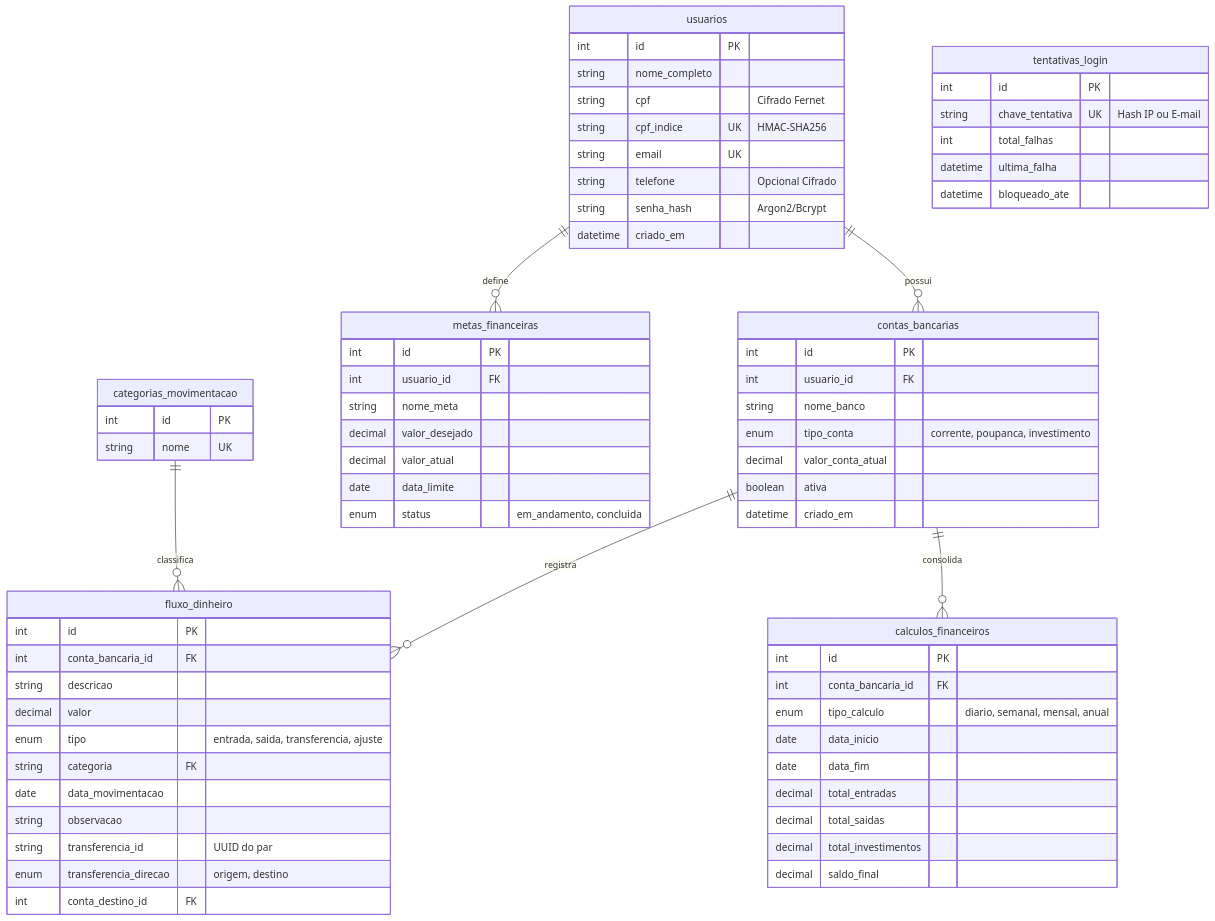
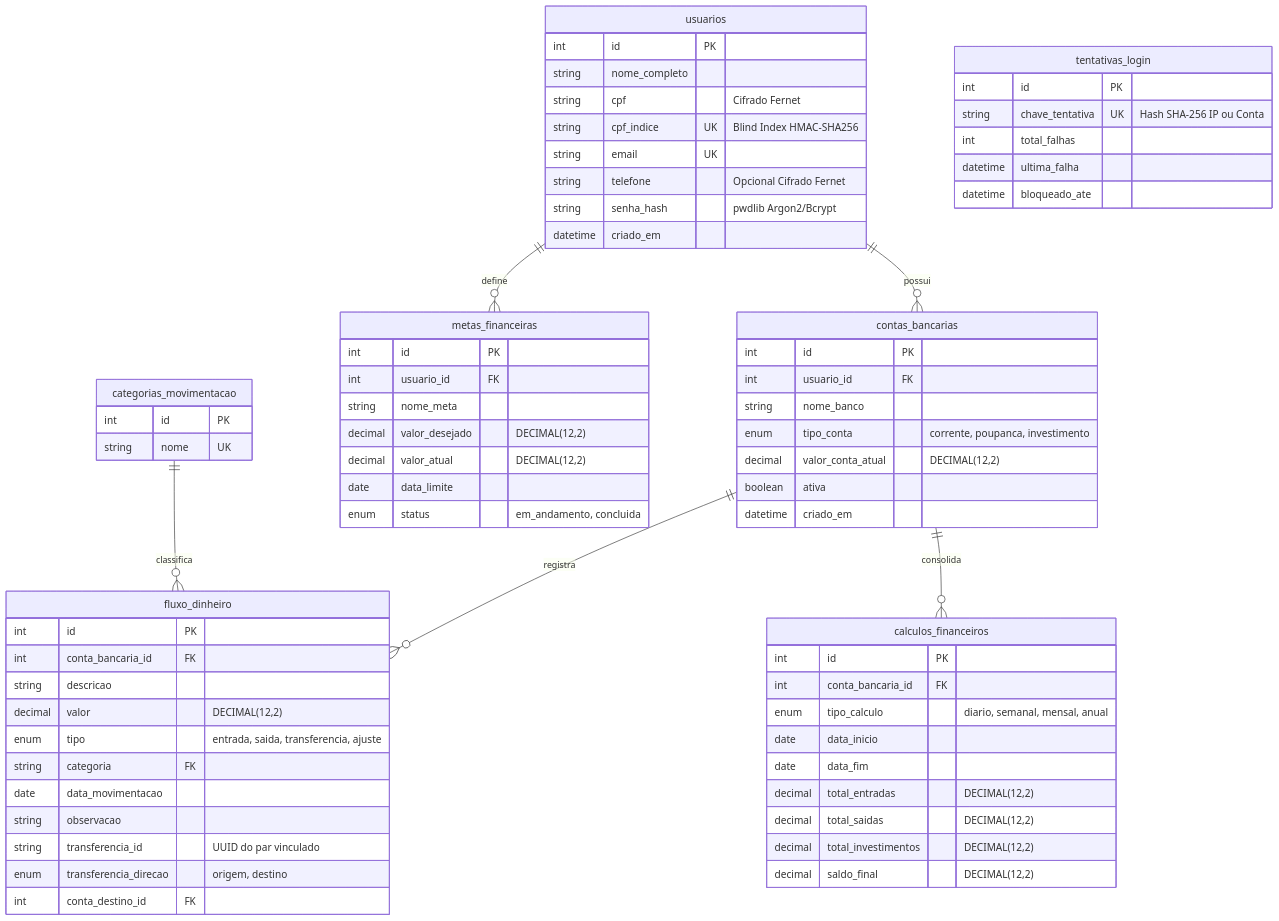
One commit to amorimfps1/fluxo_caixa_campos changed the diagram in banco de dados/readme.md. Above: the diagram before and after it, drawn with Mermaid. The commit also changed other lines of this file and 12 other files, not shown here.

````diff
--- a/banco de dados/readme.md
+++ b/banco de dados/readme.md
@@ -9,78 +9,78 @@
 ```mermaid
 erDiagram
     usuarios ||--o{ contas_bancarias : "possui"
     usuarios ||--o{ metas_financeiras : "define"
     contas_bancarias ||--o{ fluxo_dinheiro : "registra"
     contas_bancarias ||--o{ calculos_financeiros : "consolida"
     categorias_movimentacao ||--o{ fluxo_dinheiro : "classifica"
 
     usuarios {
         int id PK
         string nome_completo
         string cpf "Cifrado Fernet"
-        string cpf_indice UK "HMAC-SHA256"
+        string cpf_indice UK "Blind Index HMAC-SHA256"
         string email UK
-        string telefone "Opcional Cifrado"
-        string senha_hash "Argon2/Bcrypt"
+        string telefone "Opcional Cifrado Fernet"
+        string senha_hash "pwdlib Argon2/Bcrypt"
         datetime criado_em
     }
 
     contas_bancarias {
         int id PK
         int usuario_id FK
         string nome_banco
         enum tipo_conta "corrente, poupanca, investimento"
-        decimal valor_conta_atual
+        decimal valor_conta_atual "DECIMAL(12,2)"
         boolean ativa
         datetime criado_em
     }
 
     fluxo_dinheiro {
         int id PK
         int conta_bancaria_id FK
         string descricao
-        decimal valor
+        decimal valor "DECIMAL(12,2)"
         enum tipo "entrada, saida, transferencia, ajuste"
         string categoria FK
         date data_movimentacao
         string observacao
-        string transferencia_id "UUID do par"
+        string transferencia_id "UUID do par vinculado"
         enum transferencia_direcao "origem, destino"
         int conta_destino_id FK
     }
 
     categorias_movimentacao {
         int id PK
         string nome UK
     }
 
     calculos_financeiros {
         int id PK
         int conta_bancaria_id FK
         enum tipo_calculo "diario, semanal, mensal, anual"
         date data_inicio
         date data_fim
-        decimal total_entradas
-        decimal total_saidas
-        decimal total_investimentos
-        decimal saldo_final
+        decimal total_entradas "DECIMAL(12,2)"
+        decimal total_saidas "DECIMAL(12,2)"
+        decimal total_investimentos "DECIMAL(12,2)"
+        decimal saldo_final "DECIMAL(12,2)"
     }
 
     metas_financeiras {
         int id PK
         int usuario_id FK
         string nome_meta
-        decimal valor_desejado
-        decimal valor_atual
+        decimal valor_desejado "DECIMAL(12,2)"
+        decimal valor_atual "DECIMAL(12,2)"
         date data_limite
         enum status "em_andamento, concluida"
     }
 
     tentativas_login {
         int id PK
-        string chave_tentativa UK "Hash IP ou E-mail"
+        string chave_tentativa UK "Hash SHA-256 IP ou Conta"
         int total_falhas
         datetime ultima_falha
         datetime bloqueado_ate
     }
 ```
````
